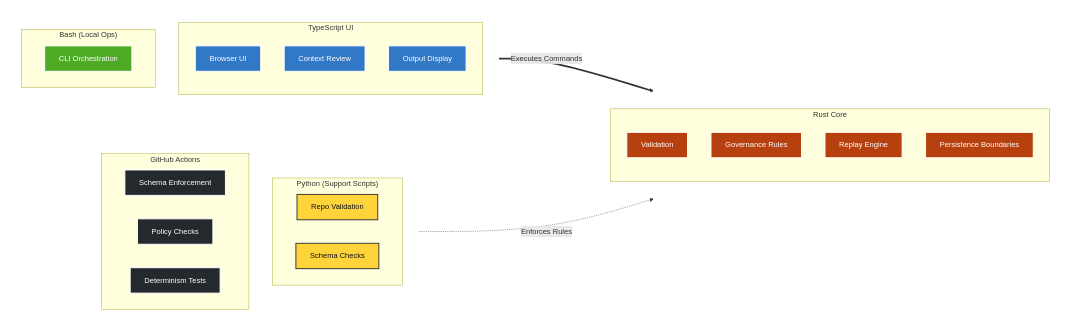
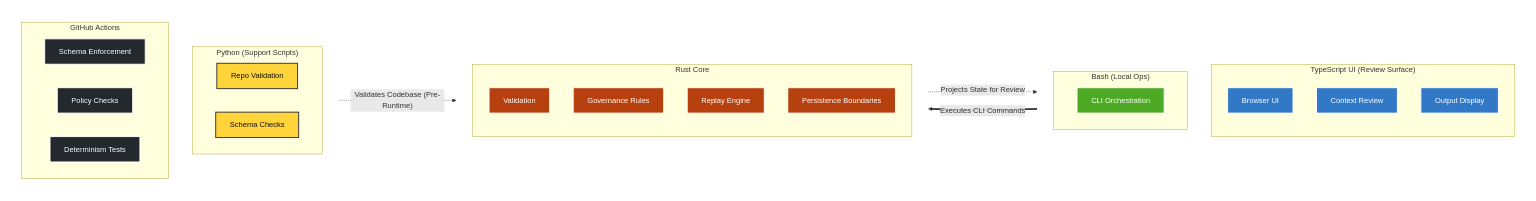
The diagram in README.md (irgordon/ajentic), drawn with Mermaid before and after one commit.

Commit message:
Refactor mermaid diagram sections in README

````diff
--- a/README.md
+++ b/README.md
@@ -113,61 +113,63 @@
 ```mermaid
 flowchart LR
 
-    %% Group 1: User & System Interfaces
-    subgraph InteractionLayer ["Interaction Layer (Non-Authoritative)"]
+    %% Group 1: User Interfaces
+    subgraph InteractionLayer ["User Interfaces"]
         direction TB
-        subgraph TSUILayer ["TypeScript UI"]
+        subgraph TSUILayer ["TypeScript UI (Review Surface)"]
             direction TB
             D1[Browser UI]:::ts
             D2[Context Review]:::ts
             D3[Output Display]:::ts
         end
         
         subgraph BashLayer ["Bash (Local Ops)"]
             C1[CLI Orchestration]:::bash
         end
     end
 
     %% Group 2: The Core Engine
-    subgraph CoreLayer ["Central Authority"]
+    subgraph CoreLayer ["Central Authority (Runtime Governance)"]
         direction TB
         subgraph RustCore ["Rust Core"]
             direction TB
             A1[Validation]:::rust
             A2[Governance Rules]:::rust
             A3[Replay Engine]:::rust
             A4[Persistence Boundaries]:::rust
         end
     end
 
-    %% Group 3: Tooling & Enforcement
-    subgraph SupportLayer ["Validation & CI Gates"]
+    %% Group 3: Tooling & Codebase Gates
+    subgraph SupportLayer ["Static Repository Gates"]
         direction TB
         subgraph PythonLayer ["Python (Support Scripts)"]
             B1[Repo Validation]:::python
             B2[Schema Checks]:::python
         end
         
         subgraph CI ["GitHub Actions"]
             E1[Schema Enforcement]:::ci
             E2[Policy Checks]:::ci
             E3[Determinism Tests]:::ci
         end
     end
 
     %% Define the data/control flow 
-    InteractionLayer == "Executes Commands" ==> CoreLayer
-    SupportLayer -. "Enforces Rules" .-> CoreLayer
+    BashLayer == "Executes CLI Commands" ==> RustCore
+    RustCore -. "Projects State for Review" .-> TSUILayer
+    
+    SupportLayer -. "Validates Codebase (Pre-Runtime)" .-> RustCore
 
     %% Styling configurations
     classDef rust fill:#B7410E,stroke:#fff,stroke-width:2px,color:#fff;
     classDef ts fill:#3178C6,stroke:#fff,stroke-width:2px,color:#fff;
     classDef python fill:#FFD43B,stroke:#333,stroke-width:2px,color:#111;
     classDef bash fill:#4EAA25,stroke:#fff,stroke-width:2px,color:#fff;
     classDef ci fill:#24292E,stroke:#fff,stroke-width:2px,color:#fff;
     
     %% Remove borders from the layout wrappers to keep it clean
     style InteractionLayer fill:none,stroke:none,color:#fff
     style CoreLayer fill:none,stroke:none,color:#fff
     style SupportLayer fill:none,stroke:none,color:#fff
 ```
````
